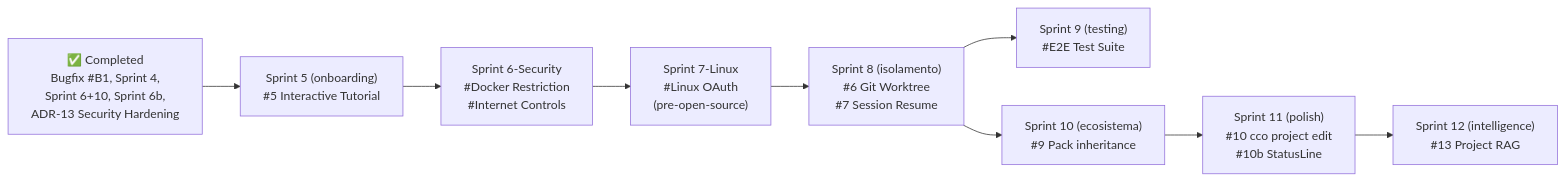
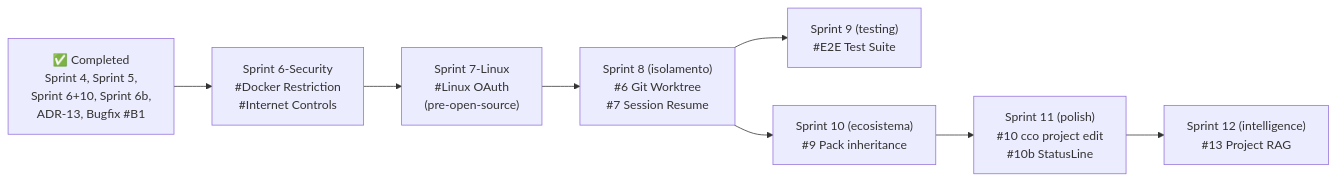
The diagram in docs/maintainer/roadmap.md (alergyonthestage/claude-orchestrator), drawn with Mermaid before and after one commit. The commit also changed other lines of this file, not shown here.

First line of the commit message:
docs(roadmap): mark Sprint 5 Interactive Tutorial as completed

````diff
--- a/docs/maintainer/roadmap.md
+++ b/docs/maintainer/roadmap.md
@@ -213,22 +231,20 @@
 ```mermaid
 graph LR
-    DONE["✅ Completed<br/>Bugfix #B1, Sprint 4,<br/>Sprint 6+10, Sprint 6b,<br/>ADR-13 Security Hardening"]
+    DONE["✅ Completed<br/>Sprint 4, Sprint 5,<br/>Sprint 6+10, Sprint 6b,<br/>ADR-13, Bugfix #B1"]
 
-    S5["Sprint 5 (onboarding)<br/>#5 Interactive Tutorial"]
     S6S["Sprint 6-Security<br/>#Docker Restriction<br/>#Internet Controls"]
     S7L["Sprint 7-Linux<br/>#Linux OAuth<br/>(pre-open-source)"]
     S8["Sprint 8 (isolamento)<br/>#6 Git Worktree<br/>#7 Session Resume"]
     S9["Sprint 9 (testing)<br/>#E2E Test Suite"]
     S10["Sprint 10 (ecosistema)<br/>#9 Pack inheritance"]
     S11["Sprint 11 (polish)<br/>#10 cco project edit<br/>#10b StatusLine"]
     S12["Sprint 12 (intelligence)<br/>#13 Project RAG"]
 
-    DONE --> S5
-    S5 --> S6S
+    DONE --> S6S
     S6S --> S7L
     S7L --> S8
     S8 --> S9
     S8 --> S10
     S10 --> S11
     S11 --> S12
 ```
````
